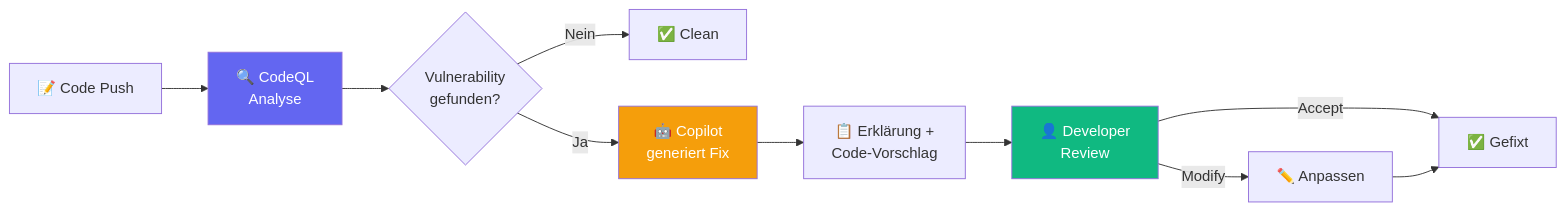
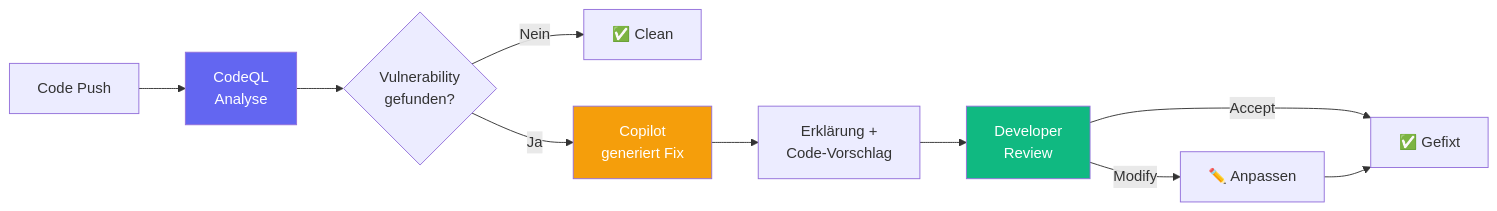
One commit to harrybin/presentations changed the diagram in special-slides/aiops-Mainteance-mit-KI/governance.md. Above: the diagram before and after it, drawn with Mermaid. The commit also changed other lines of this file, not shown here.

````diff
--- a/special-slides/aiops-Mainteance-mit-KI/governance.md
+++ b/special-slides/aiops-Mainteance-mit-KI/governance.md
@@ -58,16 +65,16 @@
 ```mermaid {scale: 0.65}
 graph LR
-    A[📝 Code Push] --> B[🔍 CodeQL<br/>Analyse]
+    A[Code Push] --> B[CodeQL<br/>Analyse]
     B --> C{Vulnerability<br/>gefunden?}
     C -->|Nein| D[✅ Clean]
-    C -->|Ja| E[🤖 Copilot<br/>generiert Fix]
-    E --> F[📋 Erklärung +<br/>Code-Vorschlag]
-    F --> G[👤 Developer<br/>Review]
+    C -->|Ja| E[Copilot<br/>generiert Fix]
+    E --> F[Erklärung +<br/>Code-Vorschlag]
+    F --> G[Developer<br/>Review]
     G -->|Accept| H[✅ Gefixt]
     G -->|Modify| I[✏️ Anpassen]
     I --> H
 
     style B fill:#6366f1,color:#fff
     style E fill:#f59e0b,color:#fff
     style G fill:#10b981,color:#fff
 ```
````
